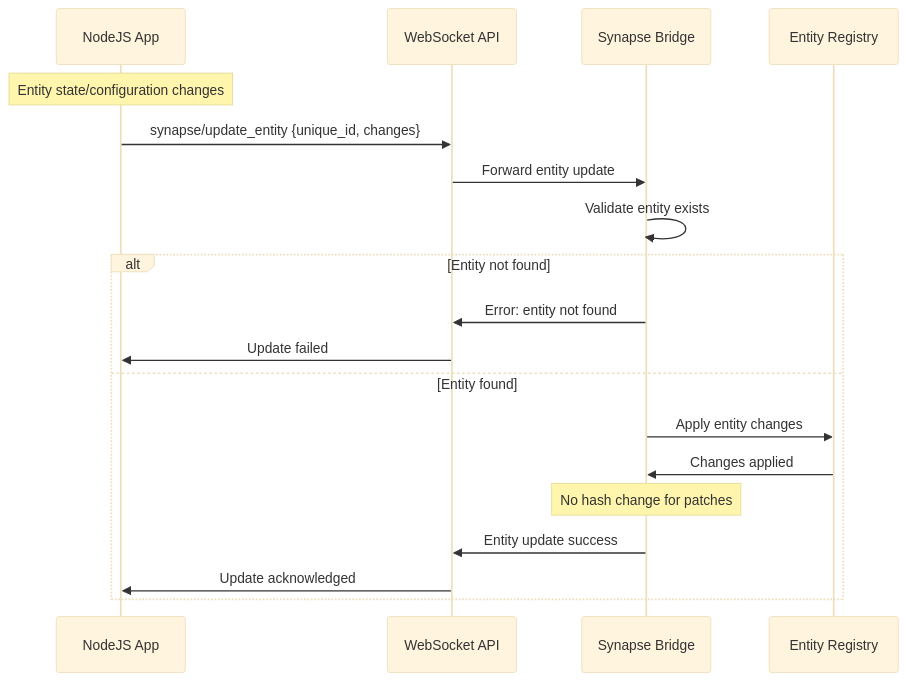
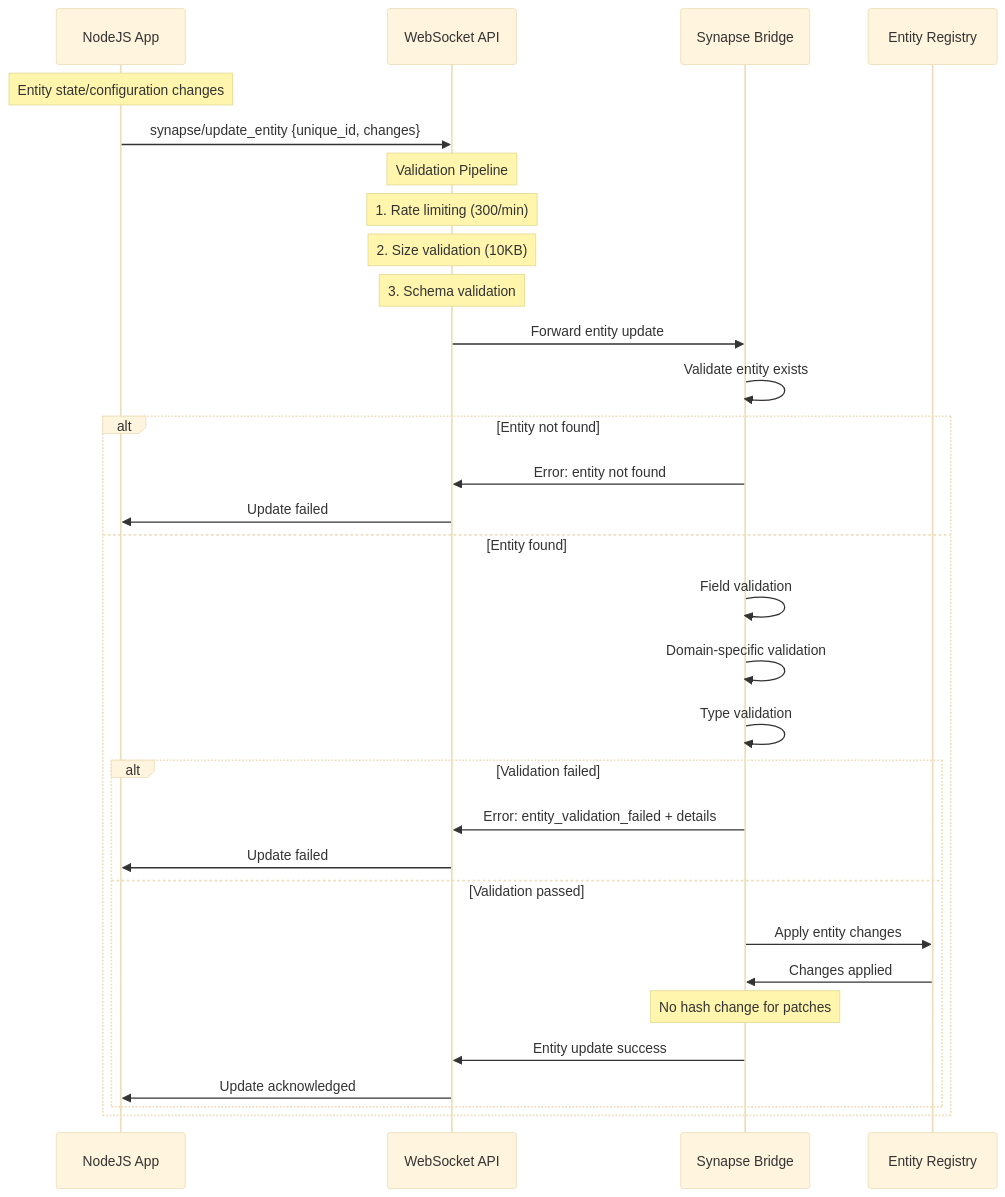
One commit to Digital-Alchemy-TS/synapse-extension changed the seventh of 11 diagrams in notes/comms-workflow.md. Above: the diagram before and after it, drawn with Mermaid (base theme). The commit also changed other lines of this file and 6 other files, not shown here.

````diff
--- a/notes/comms-workflow.md
+++ b/notes/comms-workflow.md
@@ -444,24 +452,38 @@
 ```mermaid
 sequenceDiagram
     participant App as NodeJS App
     participant WS as WebSocket API
     participant Bridge as Synapse Bridge
     participant Entities as Entity Registry
 
     Note over App: Entity state/configuration changes
 
     App->>WS: synapse/update_entity {unique_id, changes}
+
+    Note over WS: Validation Pipeline
+    Note over WS: 1. Rate limiting (300/min)
+    Note over WS: 2. Size validation (10KB)
+    Note over WS: 3. Schema validation
     WS->>Bridge: Forward entity update
+
     Bridge->>Bridge: Validate entity exists
     alt Entity not found
         Bridge->>WS: Error: entity not found
         WS->>App: Update failed
     else Entity found
-        Bridge->>Entities: Apply entity changes
-        Entities->>Bridge: Changes applied
+        Bridge->>Bridge: Field validation
+        Bridge->>Bridge: Domain-specific validation
+        Bridge->>Bridge: Type validation
+        alt Validation failed
+            Bridge->>WS: Error: entity_validation_failed + details
+            WS->>App: Update failed
+        else Validation passed
+            Bridge->>Entities: Apply entity changes
+            Entities->>Bridge: Changes applied
 
-        Note over Bridge: No hash change for patches
-        Bridge->>WS: Entity update success
-        WS->>App: Update acknowledged
+            Note over Bridge: No hash change for patches
+            Bridge->>WS: Entity update success
+            WS->>App: Update acknowledged
+        end
     end
 ```
````
